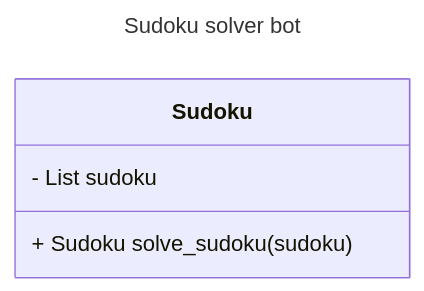
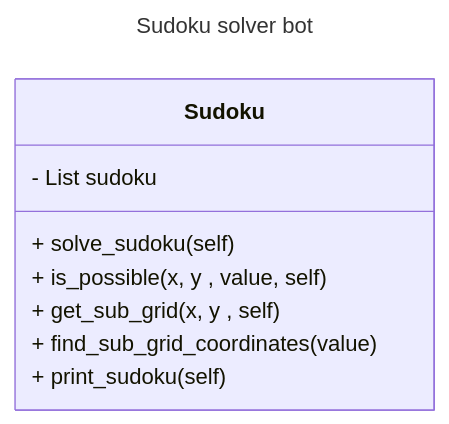
Before and after one commit to richardgonzalezm/Sudoku_solver_bot: the diagram in README.md, drawn with Mermaid.

Commit message:
updating sudoku class diagram

````diff
--- a/README.md
+++ b/README.md
@@ -3,10 +3,15 @@
 ```mermaid
 ---
 title: Sudoku solver bot
 ---
 classDiagram
   class Sudoku {
   - List sudoku
-  + Sudoku solve_sudoku (sudoku)
+  + solve_sudoku(self)
+  + is_possible(x, y , value, self)
+  + get_sub_grid(x, y , self)
+  + find_sub_grid_coordinates(value)
+  + print_sudoku(self)
+
 }
 ```
````
